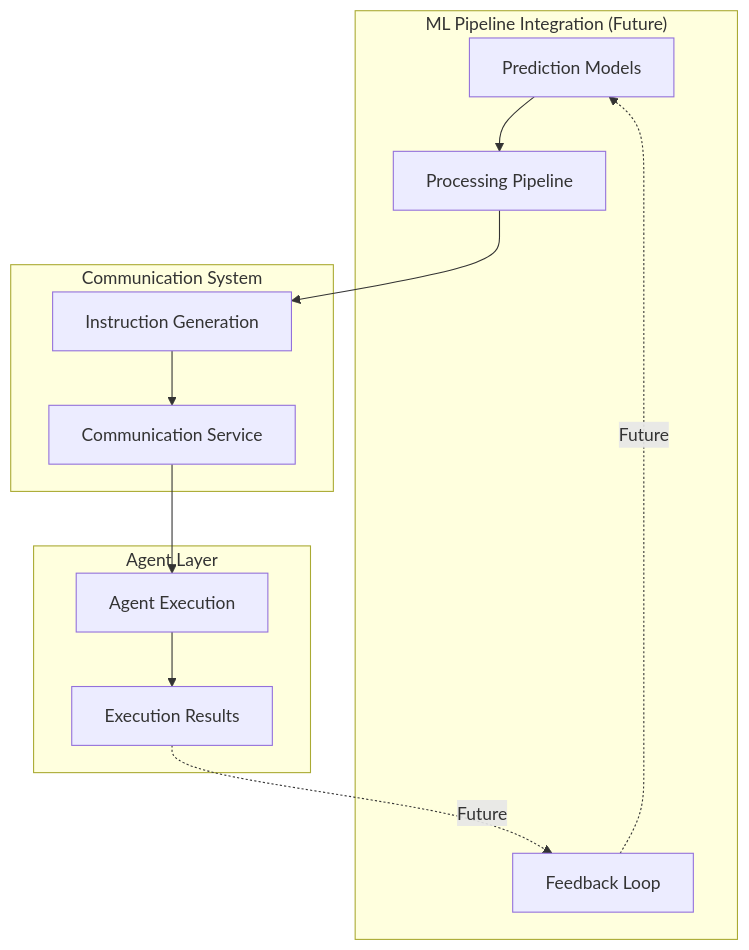
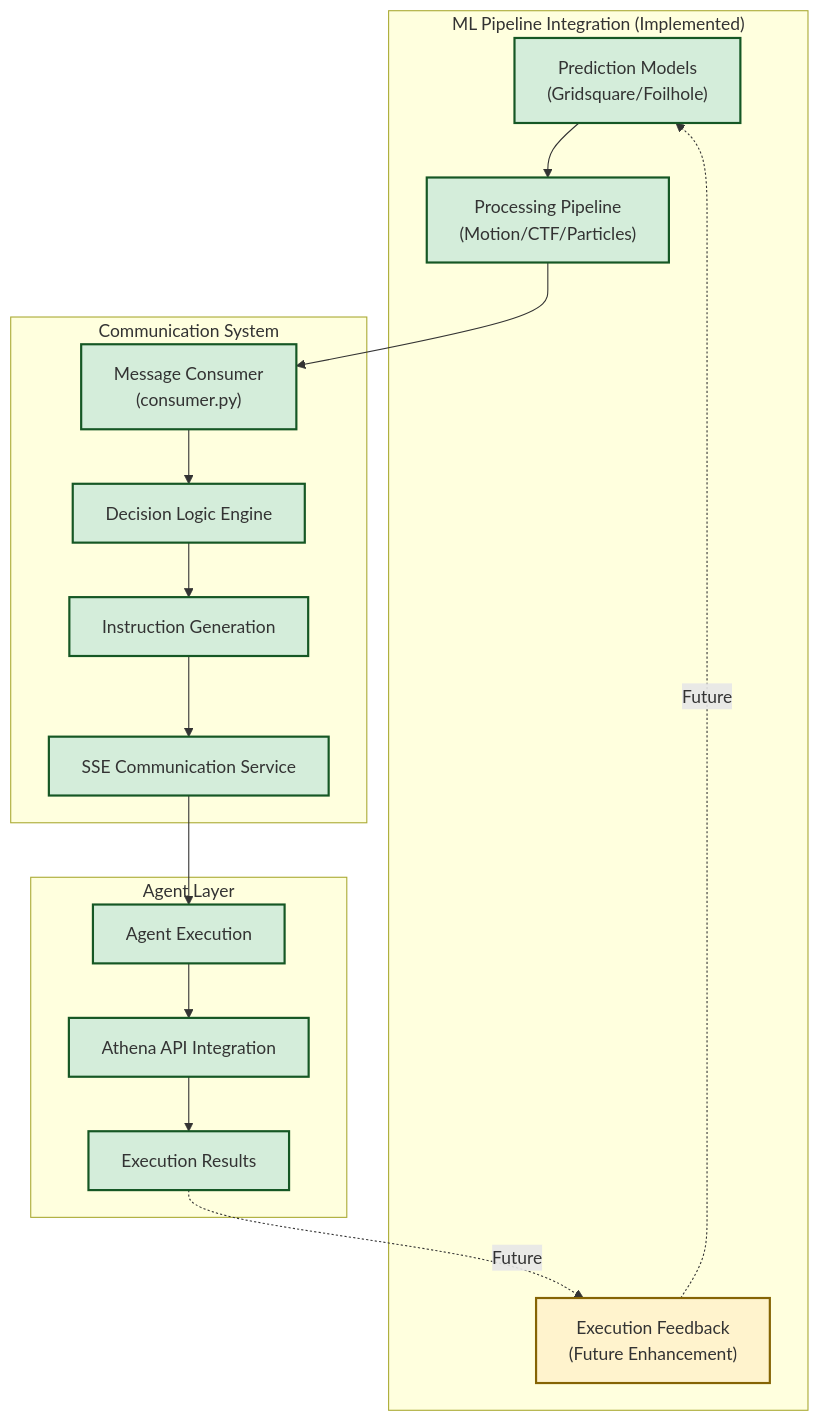
Before and after one commit to DiamondLightSource/smartem-decisions: diagram 11 of 13 in docs/explanations/backend-agent-communication-system-design.md, drawn with Mermaid. The commit also changed other lines of this file and 6 other files, not shown here.

First line of the commit message:
Implement external message processing and SSE agent instructions

````diff
--- a/docs/explanations/backend-agent-communication-system-design.md
+++ b/docs/explanations/backend-agent-communication-system-design.md
@@ -582,26 +838,38 @@
 ```mermaid
 graph TB
-    subgraph ml["ML Pipeline Integration (Future)"]
-        model["Prediction Models"]
-        pipeline["Processing Pipeline"]
-        feedback["Feedback Loop"]
+    subgraph ml["ML Pipeline Integration (Implemented)"]
+        model["Prediction Models<br/>(Gridsquare/Foilhole)"]
+        pipeline["Processing Pipeline<br/>(Motion/CTF/Particles)"]
+        feedback["Execution Feedback<br/>(Future Enhancement)"]
     end
-    
+
     subgraph comm["Communication System"]
-        service["Communication Service"]
+        consumer["Message Consumer<br/>(consumer.py)"]
+        decision["Decision Logic Engine"]
         instructions["Instruction Generation"]
+        service["SSE Communication Service"]
     end
-    
+
     subgraph agents["Agent Layer"]
         agent["Agent Execution"]
+        athena["Athena API Integration"]
         results["Execution Results"]
     end
-    
+
     model --> pipeline
-    pipeline --> instructions
+    pipeline --> consumer
+    consumer --> decision
+    decision --> instructions
     instructions --> service
     service --> agent
-    agent --> results
+    agent --> athena
+    athena --> results
     results -.->|Future| feedback
     feedback -.->|Future| model
+
+    classDef implemented fill:#d4edda,stroke:#155724,stroke-width:2px
+    classDef future fill:#fff3cd,stroke:#856404,stroke-width:2px
+
+    class model,pipeline,consumer,decision,instructions,service,agent,athena,results implemented
+    class feedback future
 ```
````
